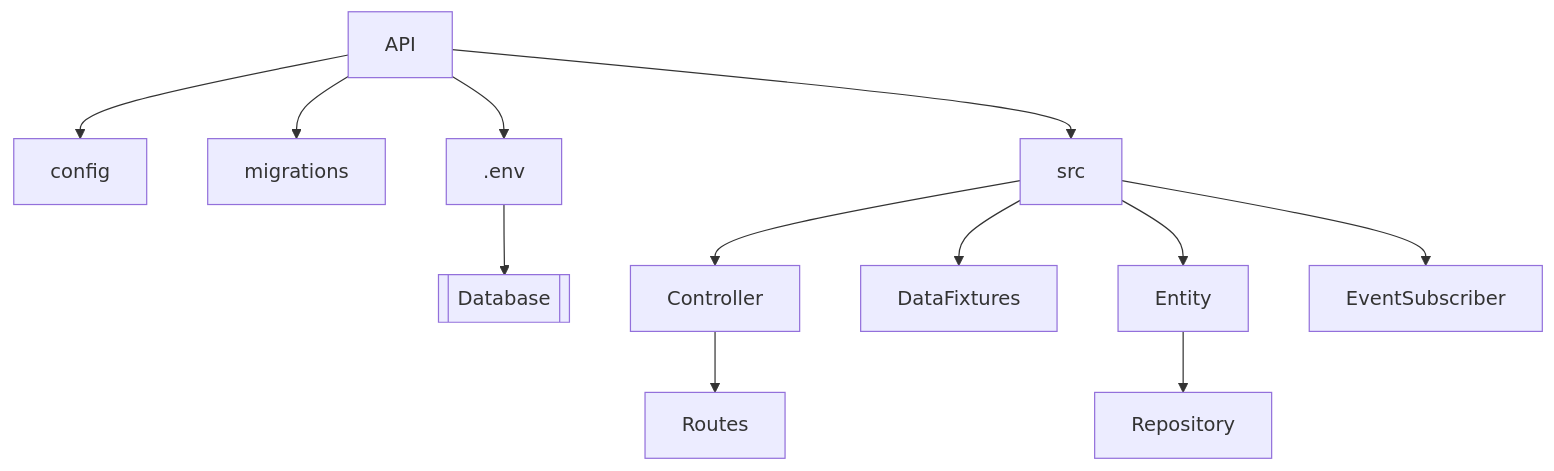
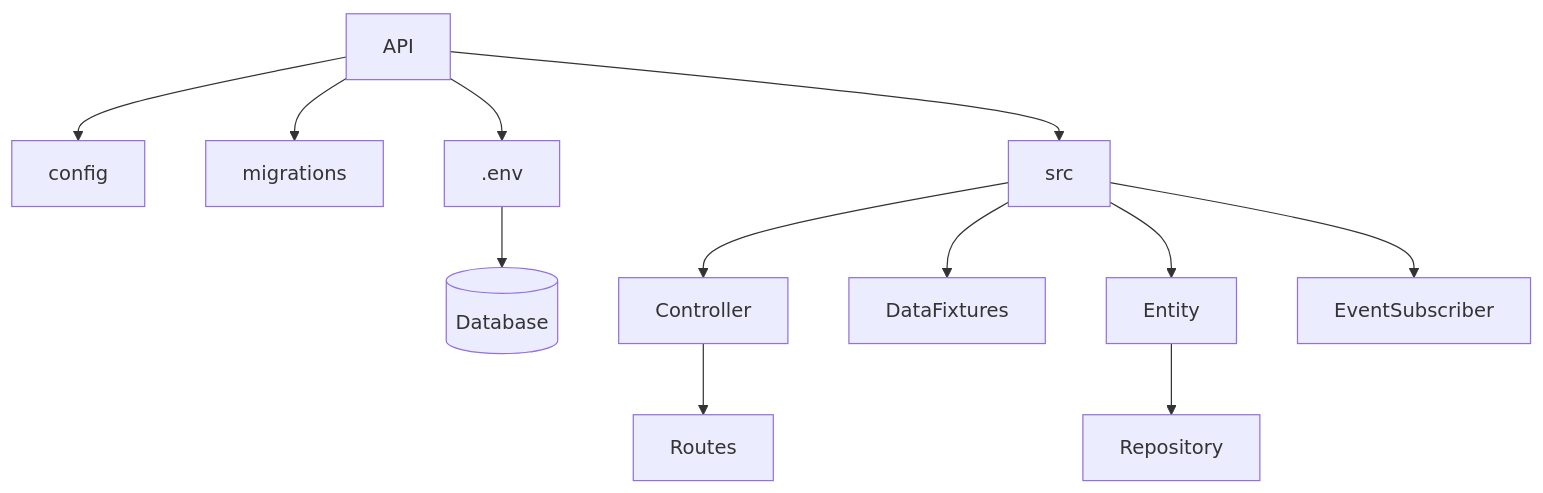
Before and after one commit to sximenez/2023-09-sep-symfony-rest-api: the diagram in README.md, drawn with Mermaid. The commit also changed other lines of this file and 4 other files, not shown here.

````diff
--- a/README.md
+++ b/README.md
@@ -45,14 +57,14 @@
 ```mermaid
 graph TD;
 API --> config;
 API --> migrations;
 API --> src;
 API --> .env;
-.env --> 1[[Database]];
+.env --> 1[(Database)];
 src --> Controller;
 Controller --> Routes;
 src --> DataFixtures;
 src --> Entity;
 Entity --> Repository;
 src --> EventSubscriber;
 ```
````
